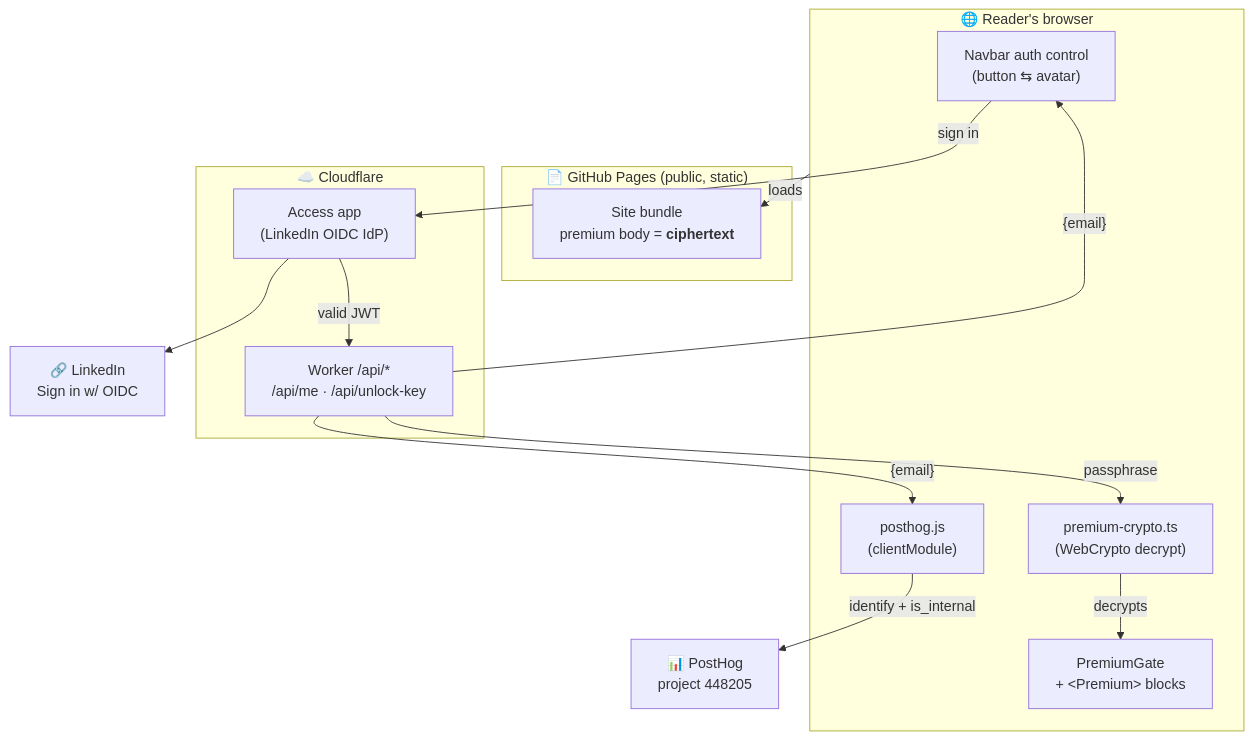
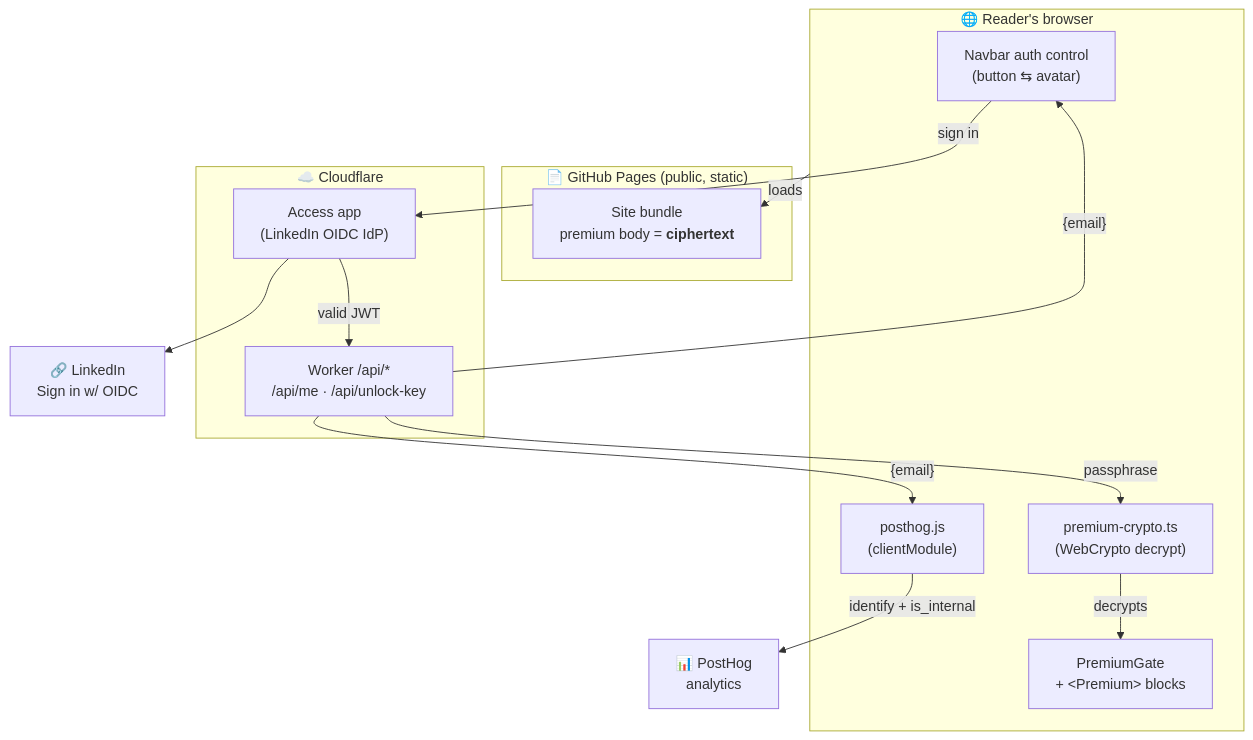
Before and after one commit to omars-lab/omars-lab.github.io: the first of 6 diagrams in bytesofpurpose-blog/designs/2026-06-02-premium-content-gating.mdx, drawn with Mermaid. The commit also changed other lines of this file and 2 other files, not shown here.

````diff
--- a/bytesofpurpose-blog/designs/2026-06-02-premium-content-gating.mdx
+++ b/bytesofpurpose-blog/designs/2026-06-02-premium-content-gating.mdx
@@ -44,27 +76,27 @@
 ```mermaid
 flowchart TB
     subgraph Browser["🌐 Reader's browser"]
         Nav["Navbar auth control<br/>(button ⇆ avatar)"]
         Doc["PremiumGate<br/>+ &lt;Premium&gt; blocks"]
         PH["posthog.js<br/>(clientModule)"]
         Dec["premium-crypto.ts<br/>(WebCrypto decrypt)"]
     end
     subgraph Static["📄 GitHub Pages (public, static)"]
         Bundle["Site bundle<br/>premium body = <b>ciphertext</b>"]
     end
     subgraph CF["☁️ Cloudflare"]
         Access["Access app<br/>(LinkedIn OIDC IdP)"]
         Worker["Worker /api/*<br/>/api/me · /api/unlock-key"]
     end
     LinkedIn["🔗 LinkedIn<br/>Sign in w/ OIDC"]
-    PostHog["📊 PostHog<br/>project 448205"]
+    PostHog["📊 PostHog<br/>analytics"]
 
     Browser -->|loads| Bundle
     Nav -->|sign in| Access --> LinkedIn
     Access -->|valid JWT| Worker
     Worker -->|"{email}"| Nav
     Worker -->|"{email}"| PH
     Worker -->|passphrase| Dec
     Dec -->|decrypts| Doc
     PH -->|identify + is_internal| PostHog
 ```
````
